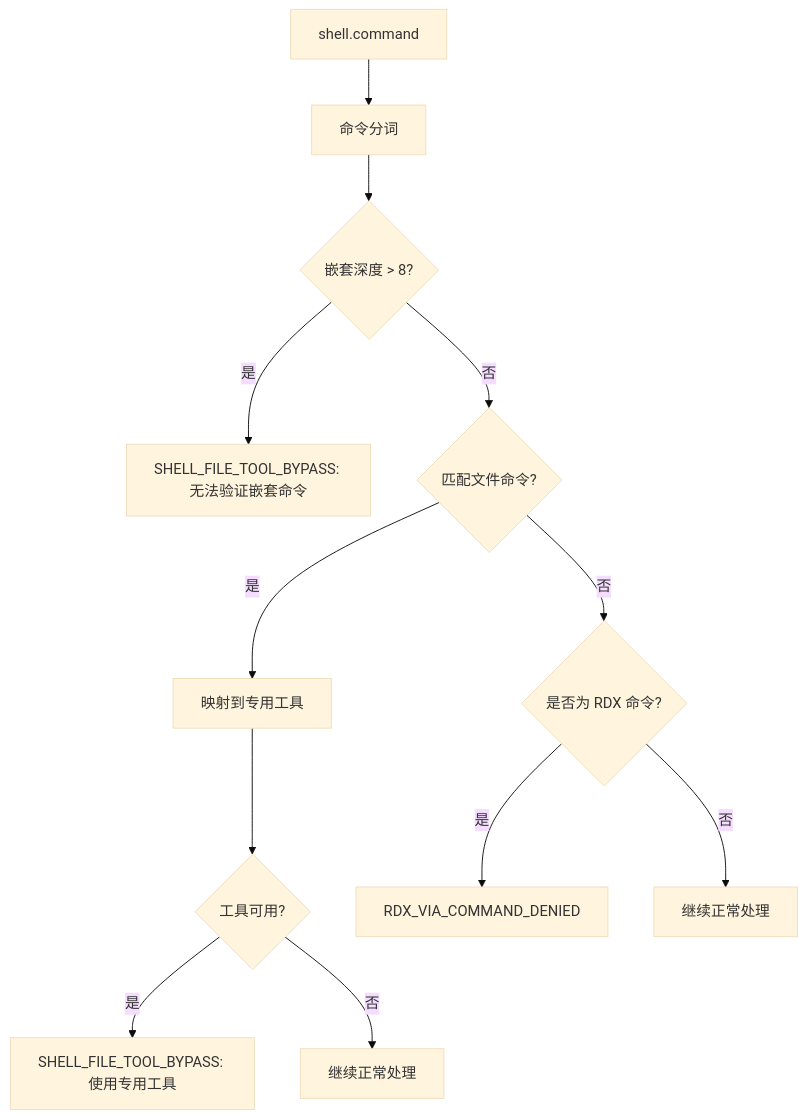
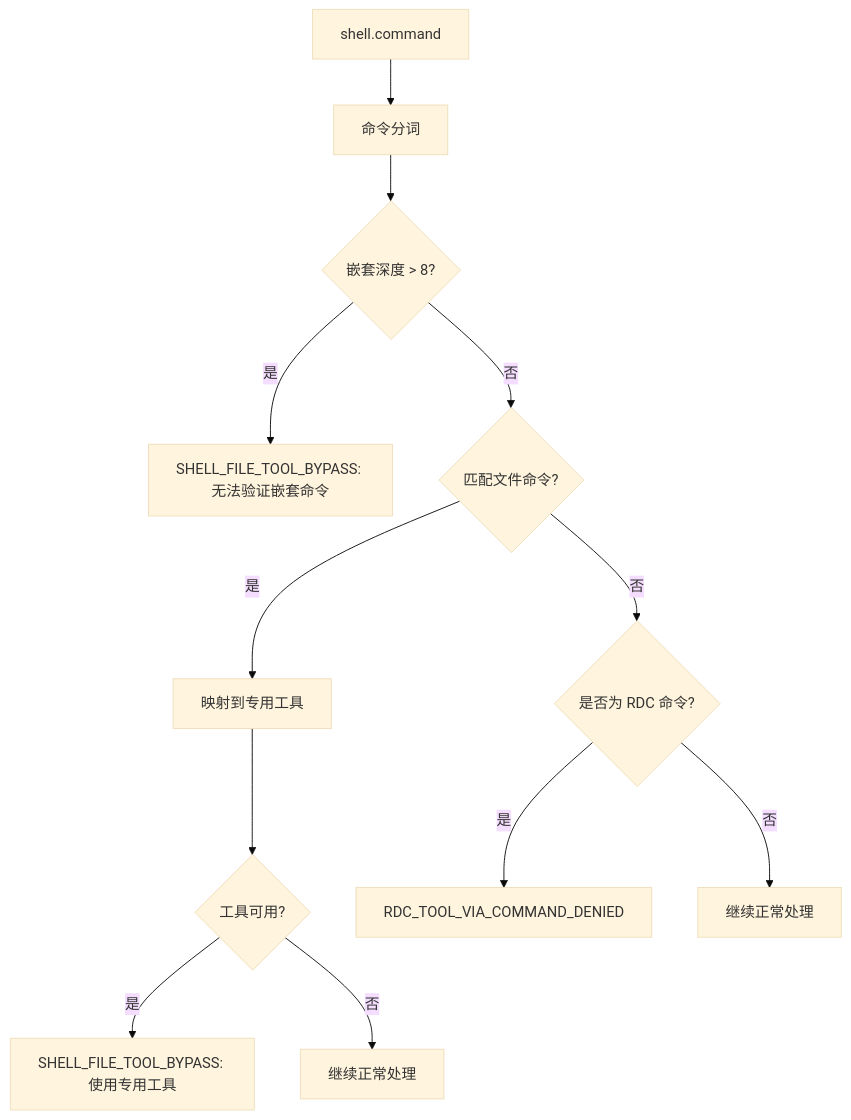
One commit to haolange/RDC-Agent changed the fourth of 11 diagrams in .qoder/repowiki/zh/content/安全考虑/安全考虑.md. Above: the diagram before and after it, drawn with Mermaid (base theme). The commit also changed other lines of this file and 557 other files, not shown here.

First line of the commit message:
Unify RDC-Agent identity and canonical RDC-Tool integration

````diff
--- a/.qoder/repowiki/zh/content/安全考虑/安全考虑.md
+++ b/.qoder/repowiki/zh/content/安全考虑/安全考虑.md
@@ -230,14 +230,14 @@
 ```mermaid
 flowchart TD
 Cmd["shell.command"] --> Tokenize["命令分词"]
 Tokenize --> CheckDepth{"嵌套深度 > 8?"}
 CheckDepth --> |是| Reject["SHELL_FILE_TOOL_BYPASS: 无法验证嵌套命令"]
 CheckDepth --> |否| MatchCmd{"匹配文件命令?"}
 MatchCmd --> |是| MapTool["映射到专用工具"]
 MapTool --> ToolAvailable{"工具可用?"}
 ToolAvailable --> |是| Redirect["SHELL_FILE_TOOL_BYPASS: 使用专用工具"]
 ToolAvailable --> |否| PassThrough["继续正常处理"]
-MatchCmd --> |否| CheckRDX{"是否为 RDX 命令?"}
-CheckRDX --> |是| DenyRDX["RDX_VIA_COMMAND_DENIED"]
-CheckRDX --> |否| Continue["继续正常处理"]
+MatchCmd --> |否| CheckRDC{"是否为 RDC 命令?"}
+CheckRDC --> |是| DenyRDC["RDC_TOOL_VIA_COMMAND_DENIED"]
+CheckRDC --> |否| Continue["继续正常处理"]
 ```
````
